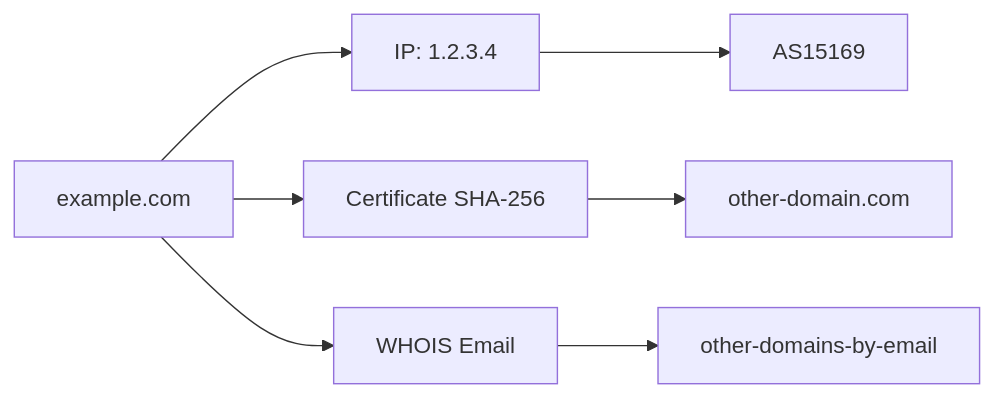
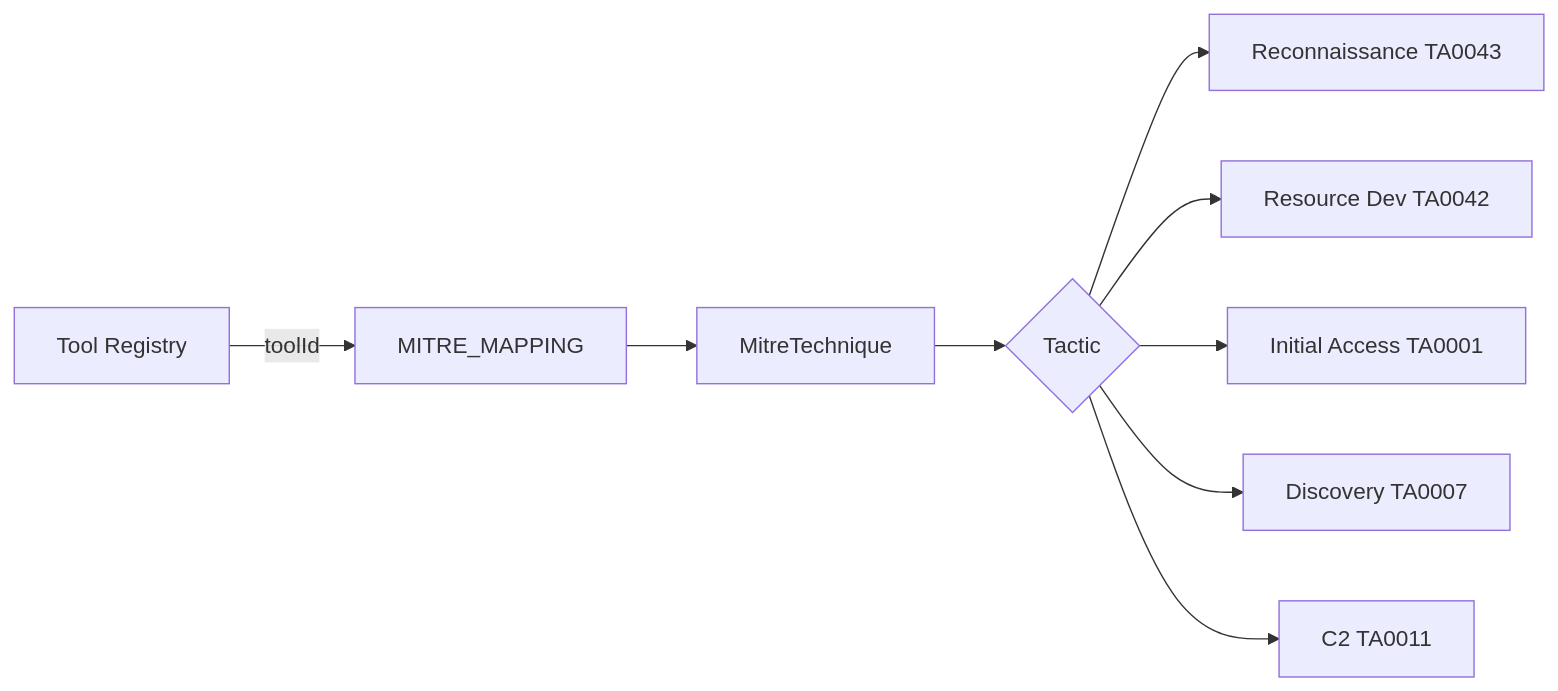
One commit to StrategicConnex/StrategicConnexAudit changed the second of 3 diagrams in docs/improvements/ROADMAP.md. Above: the diagram before and after it, drawn with Mermaid. The commit also changed other lines of this file and 61 other files, not shown here.

````diff
--- a/docs/improvements/ROADMAP.md
+++ b/docs/improvements/ROADMAP.md
@@ -370,9 +147,11 @@
 ```mermaid
-graph LR
-    A[example.com] --> B[IP: 1.2.3.4]
-    A --> C[Certificate SHA-256]
-    C --> D[other-domain.com]
-    B --> E[AS15169]
-    A --> F[WHOIS Email]
-    F --> G[other-domains-by-email]
+flowchart LR
+    A[Tool Registry] -->|toolId| B[MITRE_MAPPING]
+    B --> C[MitreTechnique]
+    C --> D{Tactic}
+    D --> E[Reconnaissance TA0043]
+    D --> F[Resource Dev TA0042]
+    D --> G[Initial Access TA0001]
+    D --> H[Discovery TA0007]
+    D --> I[C2 TA0011]
 ```
````
